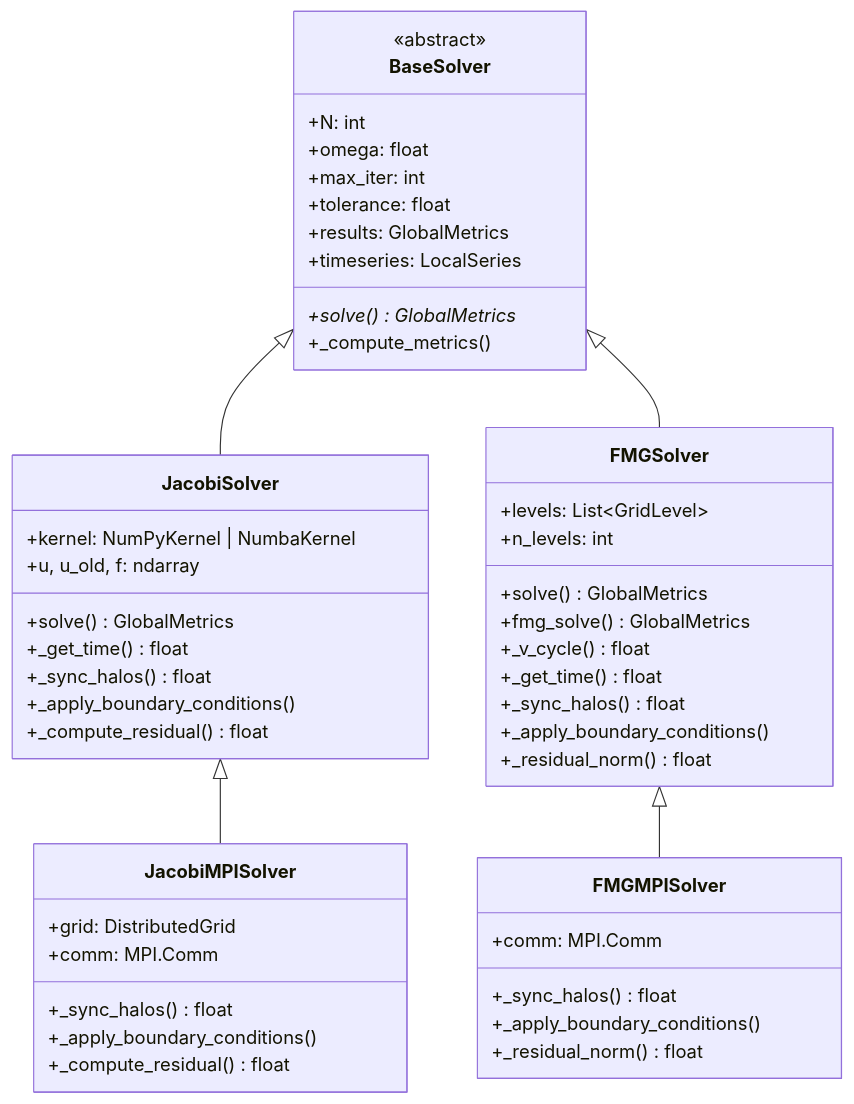
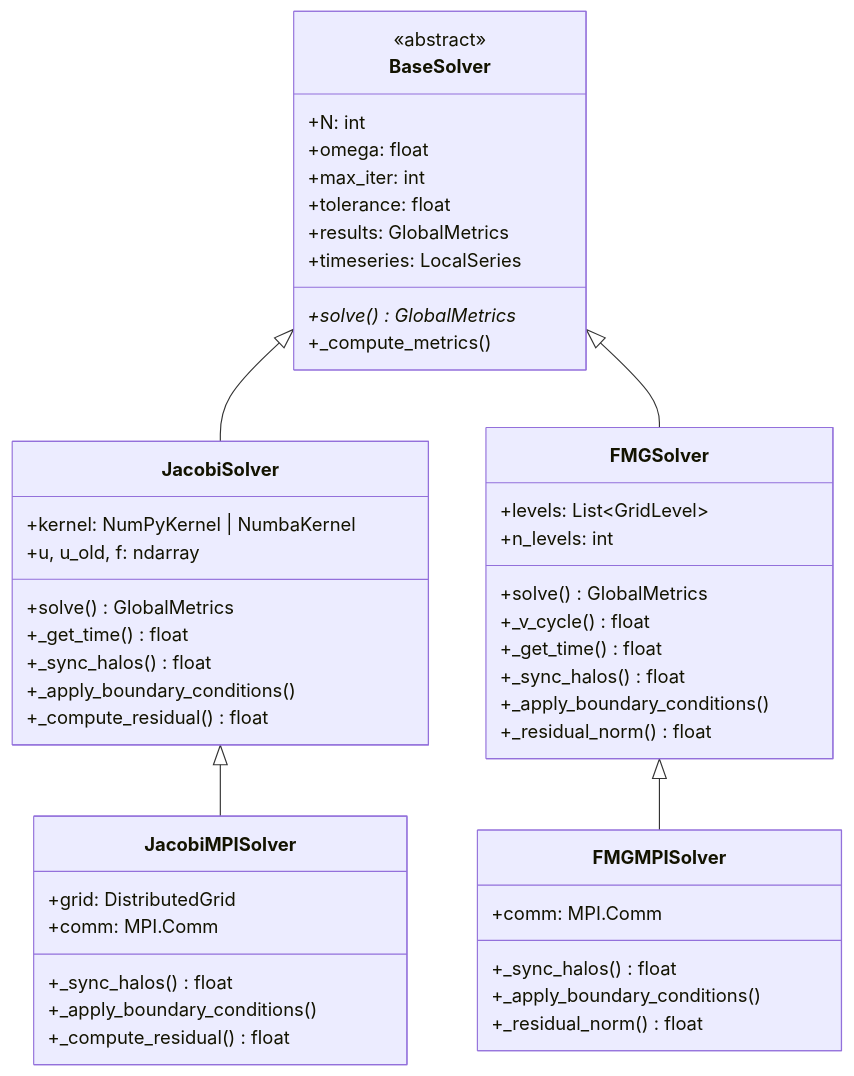
The diagram in docs/source/api_reference.rst (PN-CourseWork/LSM-P2), drawn with Mermaid before and after one commit. The commit also changed other lines of this file and 6 other files, not shown here.

```diff
--- a/docs/source/api_reference.rst
+++ b/docs/source/api_reference.rst
@@ -21,56 +21,55 @@
 .. mermaid::
 
    classDiagram
        class BaseSolver {
            <<abstract>>
            +N: int
            +omega: float
            +max_iter: int
            +tolerance: float
            +results: GlobalMetrics
            +timeseries: LocalSeries
            +solve()* GlobalMetrics
            +_compute_metrics()
        }
 
        class JacobiSolver {
            +kernel: NumPyKernel | NumbaKernel
            +u, u_old, f: ndarray
            +solve() GlobalMetrics
            +_get_time() float
            +_sync_halos() float
            +_apply_boundary_conditions()
            +_compute_residual() float
        }
 
        class JacobiMPISolver {
            +grid: DistributedGrid
            +comm: MPI.Comm
            +_sync_halos() float
            +_apply_boundary_conditions()
            +_compute_residual() float
        }
 
        class FMGSolver {
            +levels: List~GridLevel~
            +n_levels: int
            +solve() GlobalMetrics
-           +fmg_solve() GlobalMetrics
            +_v_cycle() float
            +_get_time() float
            +_sync_halos() float
            +_apply_boundary_conditions()
            +_residual_norm() float
        }
 
        class FMGMPISolver {
            +comm: MPI.Comm
            +_sync_halos() float
            +_apply_boundary_conditions()
            +_residual_norm() float
        }
 
        BaseSolver <|-- JacobiSolver
        BaseSolver <|-- FMGSolver
        JacobiSolver <|-- JacobiMPISolver
        FMGSolver <|-- FMGMPISolver
```
